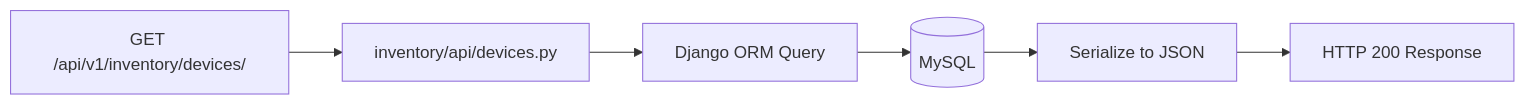
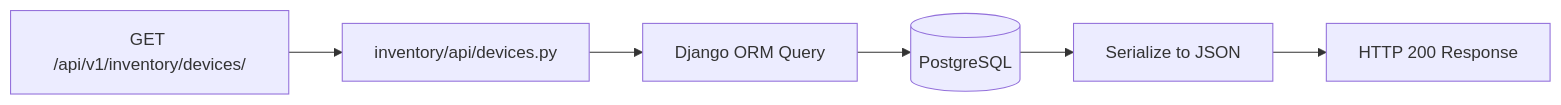
One commit to kaled182/provemaps_beta changed the fifth of 10 diagrams in doc/architecture/OVERVIEW.md. Above: the diagram before and after it, drawn with Mermaid. The commit also changed other lines of this file and 44 other files, not shown here.

````diff
--- a/doc/architecture/OVERVIEW.md
+++ b/doc/architecture/OVERVIEW.md
@@ -354,8 +364,8 @@
 ```mermaid
 graph LR
     A[GET /api/v1/inventory/devices/] --> B[inventory/api/devices.py]
     B --> C[Django ORM Query]
-    C --> D[(MySQL)]
+    C --> D[(PostgreSQL)]
     D --> E[Serialize to JSON]
     E --> F[HTTP 200 Response]
 ```
````
